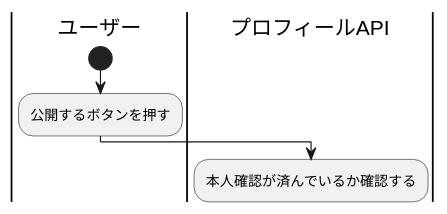
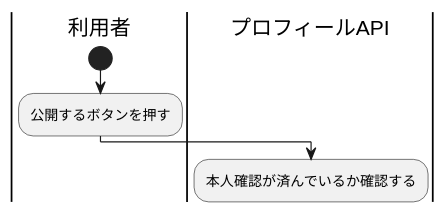
The diagram in README.md (masamasamasato/design-doc-template), drawn with PlantUML before and after one commit. The commit also changed other lines of this file and 67 other files, not shown here.

First line of the commit message:
日本語の言い回しを直し、図の例をナビに載せる (#13)

````diff
--- a/README.md
+++ b/README.md
@@ -140,7 +140,7 @@
 ```plantuml
-|ユーザー|
+|利用者|
 start
 :公開するボタンを押す;
 |プロフィールAPI|
 :本人確認が済んでいるか確認する;
 ```
````
